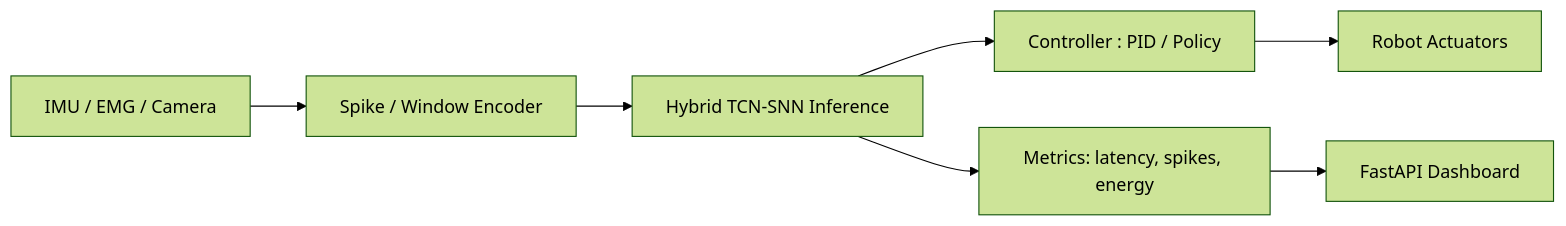
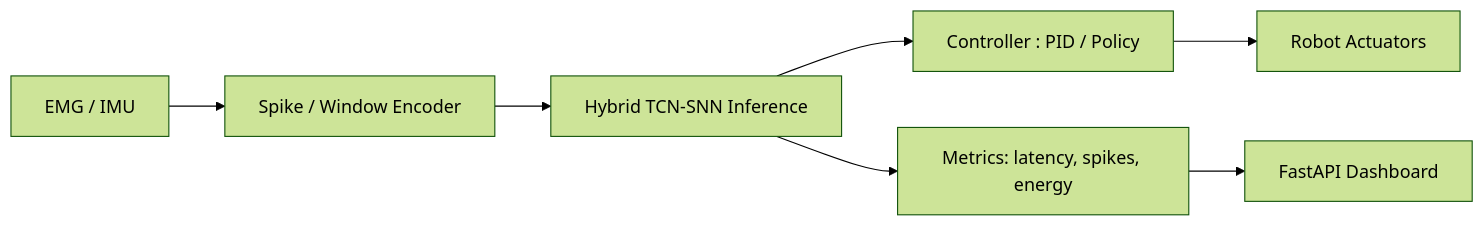
Before and after one commit to parkjunho12/edge-snn-robot-template: the diagram in README.md, drawn with Mermaid (forest theme). The commit also changed other lines of this file and 17 other files, not shown here.

````diff
--- a/README.md
+++ b/README.md
@@ -70,10 +114,9 @@
 ```mermaid
 flowchart LR
-  IMU[IMU / EMG / Camera] --> ENC[Spike / Window Encoder]
+  SENS[EMG / IMU] --> ENC[Spike / Window Encoder]
   ENC --> HYB[Hybrid TCN-SNN Inference]
   HYB --> CTRL[Controller : PID / Policy]
   CTRL --> ACT[Robot Actuators]
   HYB --> MET[Metrics: latency, spikes, energy]
   MET --> API_NODE[FastAPI Dashboard]
-  
 ```
````
